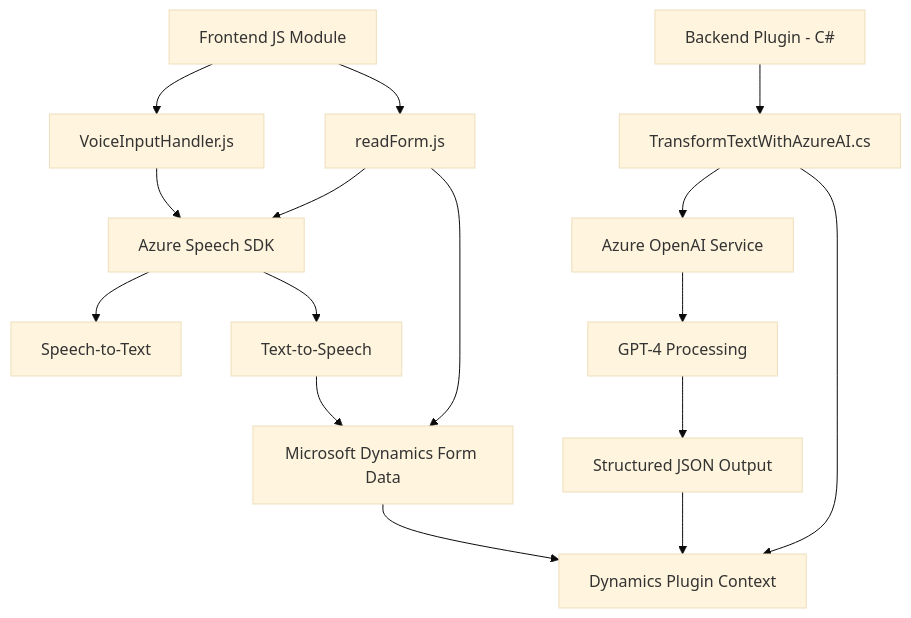
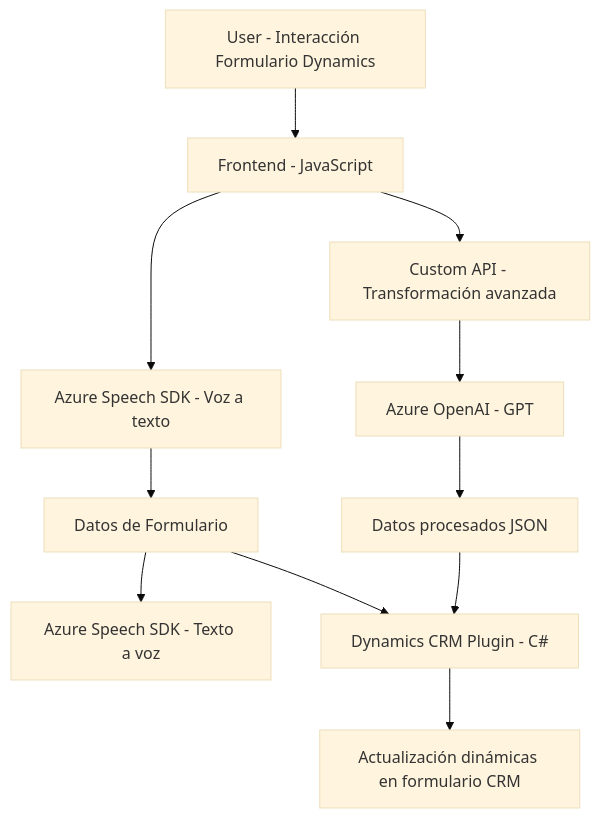
Before and after one commit to blopezdm/NETCORE_BILBAO2025: the diagram in README.md, drawn with Mermaid (base theme). The commit also changed other lines of this file, not shown here.

````diff
--- a/README.md
+++ b/README.md
@@ -59,20 +53,13 @@
 ```mermaid
 graph TD
-  A["Frontend JS Module"] --> B["VoiceInputHandler.js"]
-  A --> C["readForm.js"]
-  B --> D["Azure Speech SDK"]
-  C --> D
-  D --> E["Speech-to-Text"]
-  D --> F["Text-to-Speech"]
-  C --> G["Microsoft Dynamics Form Data"]
-  F --> G
-
-  H["Backend Plugin - C#"] --> I["TransformTextWithAzureAI.cs"]
-  I --> J["Azure OpenAI Service"]
-  I --> K["Dynamics Plugin Context"]
-  J --> L["GPT-4 Processing"]
-  L --> M["Structured JSON Output"]
-  M --> K
-
-  G --> K
+    A["User - Interacción Formulario Dynamics"] --> B["Frontend - JavaScript"]
+    B --> C["Azure Speech SDK - Voz a texto"]
+    C --> D["Datos de Formulario"]
+    D --> E["Azure Speech SDK - Texto a voz"]
+    B --> F["Custom API - Transformación avanzada"]
+    F --> G["Azure OpenAI - GPT"]
+    G --> H["Datos procesados JSON"]
+    H --> I["Dynamics CRM Plugin - C#"]
+    D --> I
+    I --> J["Actualización dinámicas en formulario CRM"]
 ```
````
